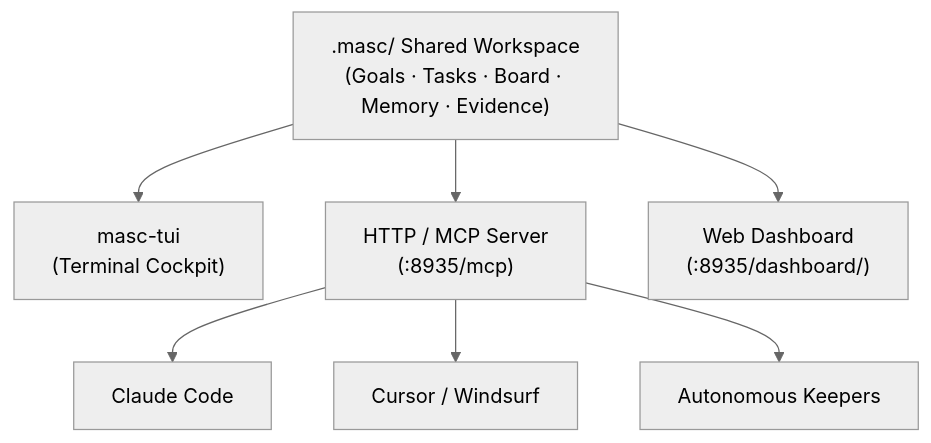
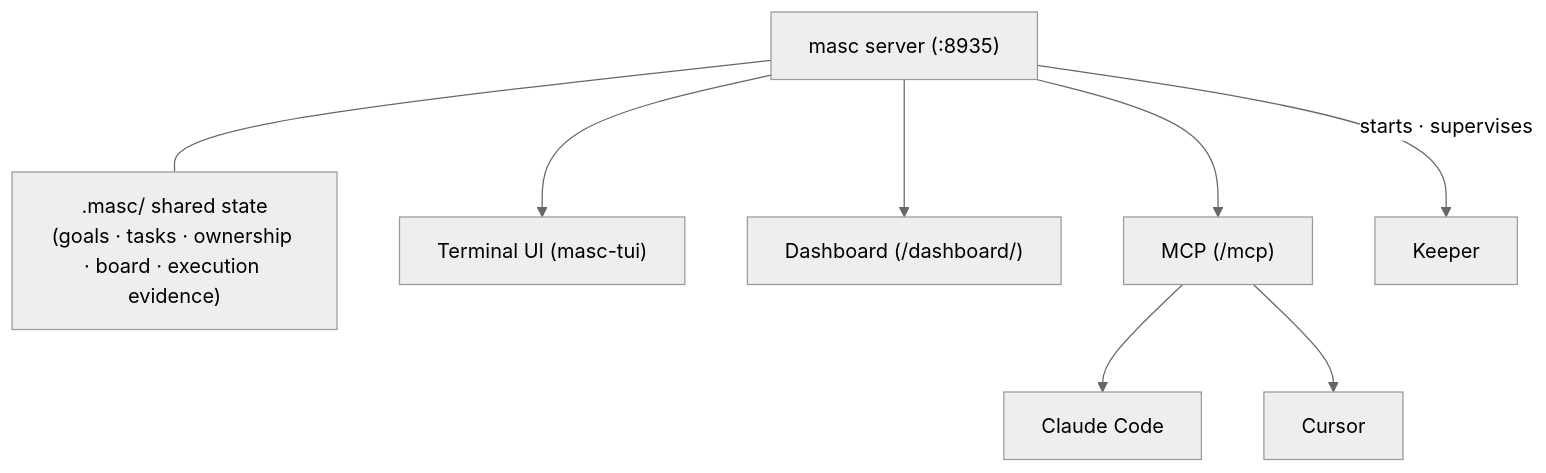
The diagram in docs-site/src/content/docs/getting-started/overview.md (jeong-sik/masc), drawn with Mermaid (neutral theme) before and after one commit. The commit also changed other lines of this file and 12 other files, not shown here.

````diff
--- a/docs-site/src/content/docs/getting-started/overview.md
+++ b/docs-site/src/content/docs/getting-started/overview.md
@@ -21,12 +16,13 @@
 ```mermaid
 flowchart TD
-    WS[".masc/ Shared Workspace<br/>(Goals · Tasks · Board · Memory · Evidence)"]
-    
-    WS --> TUI["masc-tui<br/>(Terminal Cockpit)"]
-    WS --> MCP["HTTP / MCP Server<br/>(:8935/mcp)"]
-    WS --> DASH["Web Dashboard<br/>(:8935/dashboard/)"]
-    
+    STORE[".masc/ shared state<br/>(goals · tasks · ownership · board · execution evidence)"]
+    SERVER["masc server (:8935)"]
+
+    SERVER --- STORE
+    SERVER --> TUI["Terminal UI (masc-tui)"]
+    SERVER --> DASH["Dashboard (/dashboard/)"]
+    SERVER --> MCP["MCP (/mcp)"]
+    SERVER -->|starts · supervises| K["Keeper"]
     MCP --> AG1["Claude Code"]
-    MCP --> AG2["Cursor / Windsurf"]
-    MCP --> AG3["Autonomous Keepers"]
+    MCP --> AG2["Cursor"]
 ```
````
